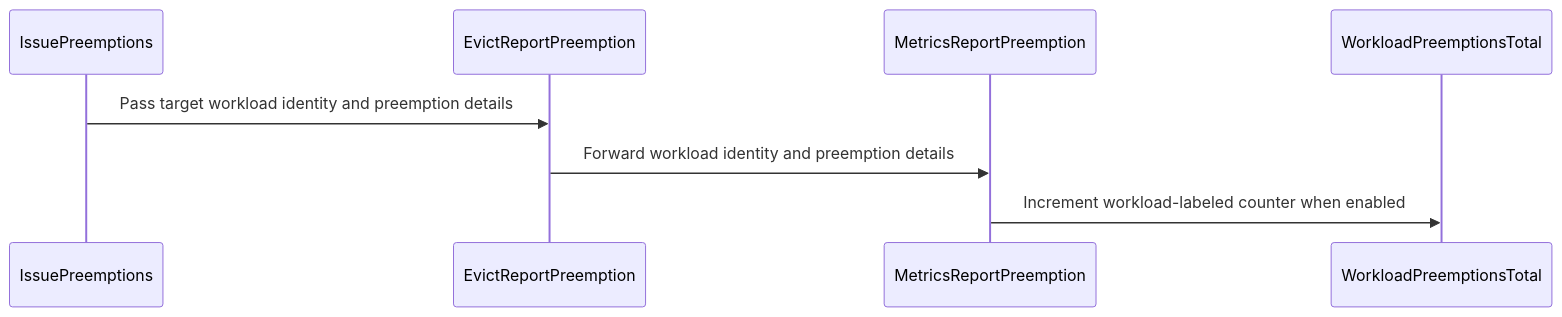
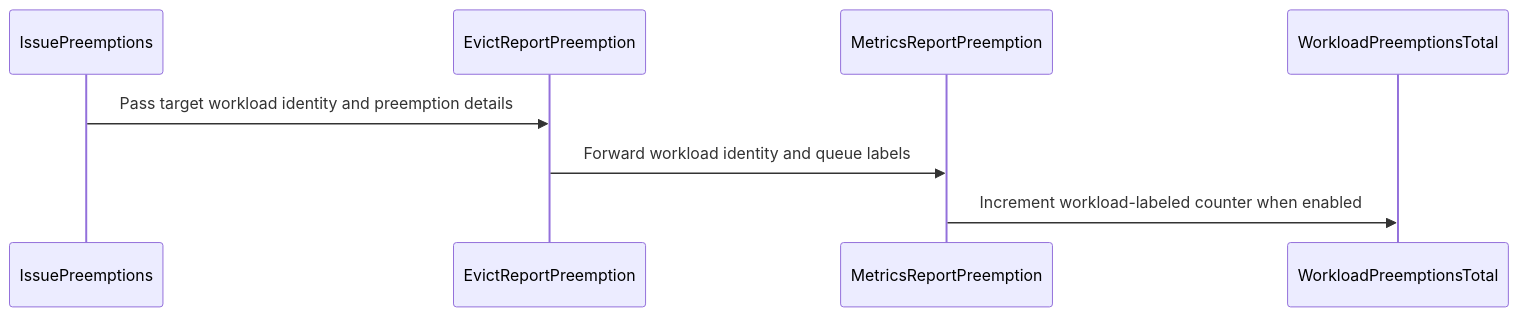
The diagram in raw/github/kubernetes-sigs__kueue/pr-18278.md (reruno/kueue-llm-wiki), drawn with Mermaid before and after one commit. The commit also changed other lines of this file and 1319 other files, not shown here.

````diff
--- a/raw/github/kubernetes-sigs__kueue/pr-18278.md
+++ b/raw/github/kubernetes-sigs__kueue/pr-18278.md
@@ -109,10 +134,10 @@
 ```mermaid
 sequenceDiagram
   participant IssuePreemptions
   participant EvictReportPreemption
   participant MetricsReportPreemption
   participant WorkloadPreemptionsTotal
   IssuePreemptions->>EvictReportPreemption: Pass target workload identity and preemption details
-  EvictReportPreemption->>MetricsReportPreemption: Forward workload identity and preemption details
+  EvictReportPreemption->>MetricsReportPreemption: Forward workload identity and queue labels
   MetricsReportPreemption->>WorkloadPreemptionsTotal: Increment workload-labeled counter when enabled
 ```
````
